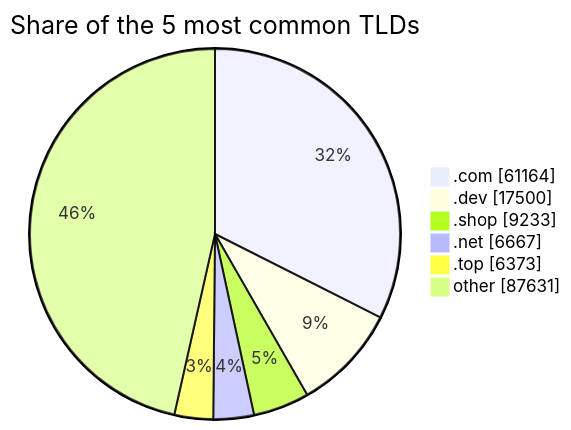
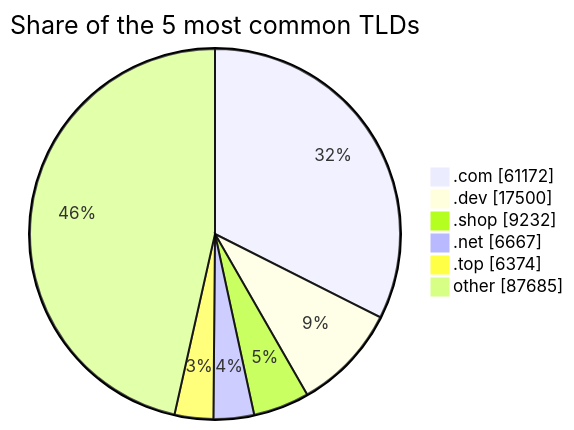
Before and after one commit to DNSBunker/CTI: the third of 3 diagrams in README.md, drawn with Mermaid. The commit also changed other lines of this file and 3 other files, not shown here.

````diff
--- a/README.md
+++ b/README.md
@@ -81,9 +81,9 @@
 ```mermaid
 pie showData title Share of the 5 most common TLDs
-    ".com" : 61164
+    ".com" : 61172
     ".dev" : 17500
-    ".shop" : 9233
+    ".shop" : 9232
     ".net" : 6667
-    ".top" : 6373
-    "other" : 87631
+    ".top" : 6374
+    "other" : 87685
 ```
````
